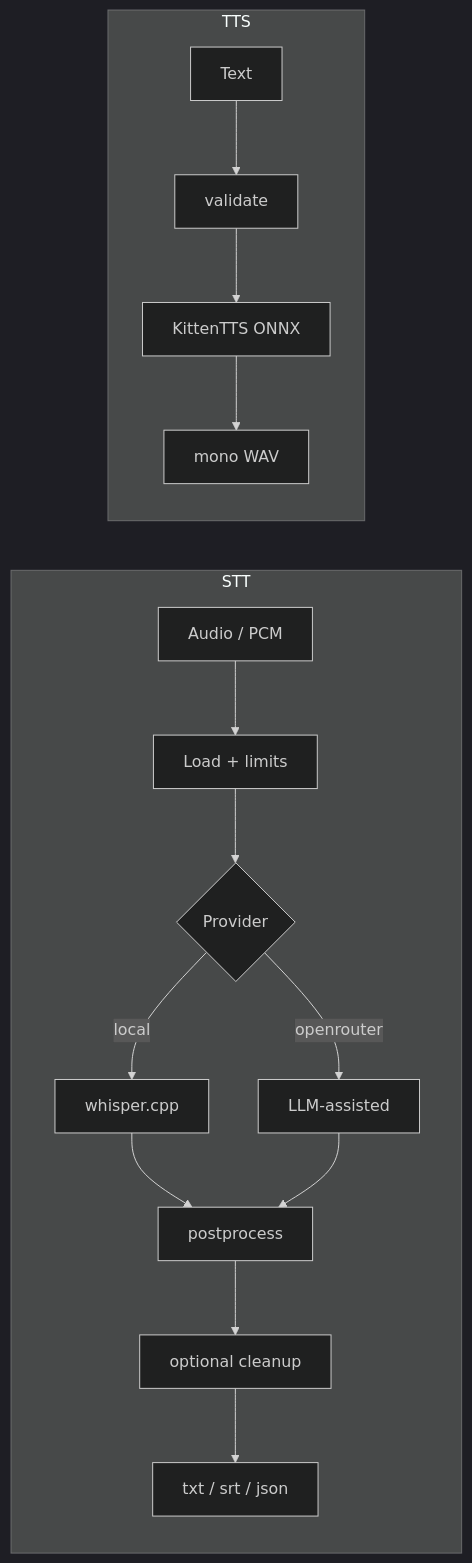
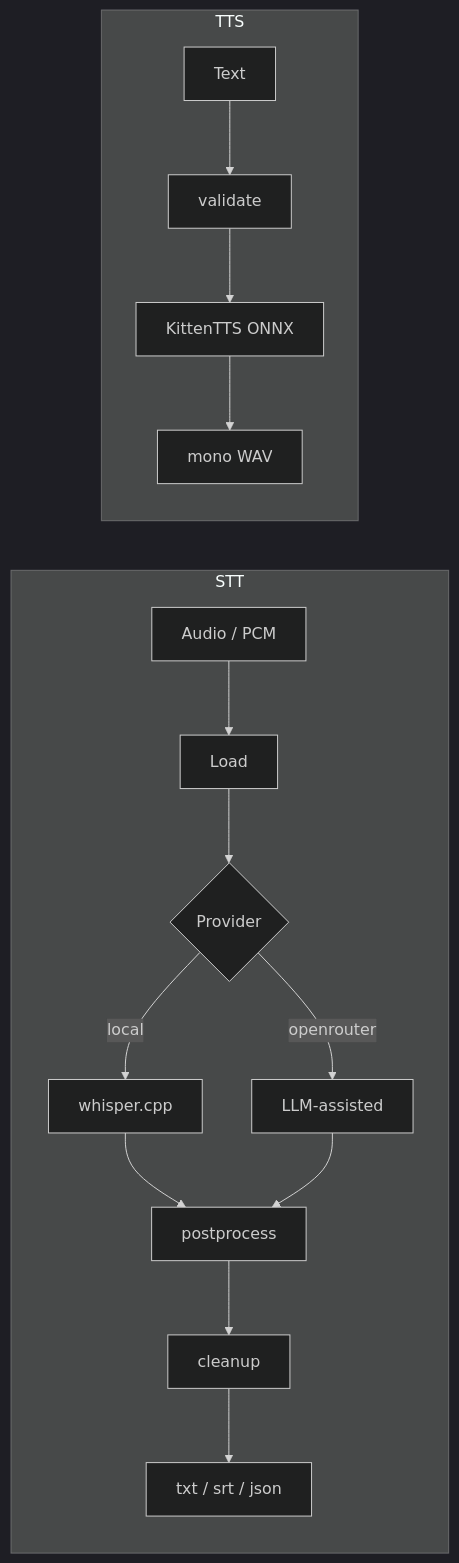
The diagram in docs/index.md (joe-broadhead/aurum), drawn with Mermaid (dark theme) before and after one commit. The commit also changed other lines of this file and 23 other files, not shown here.

````diff
--- a/docs/index.md
+++ b/docs/index.md
@@ -32,18 +32,18 @@
 ```mermaid
 flowchart LR
   subgraph stt [STT]
-    A[Audio / PCM] --> B[Load + limits]
+    A[Audio / PCM] --> B[Load]
     B --> C{Provider}
     C -->|local| D[whisper.cpp]
     C -->|openrouter| E[LLM-assisted]
     D --> F[postprocess]
     E --> F
-    F --> G[optional cleanup]
+    F --> G[cleanup]
     G --> H[txt / srt / json]
   end
   subgraph tts [TTS]
     T[Text] --> U[validate]
     U --> V[KittenTTS ONNX]
     V --> W[mono WAV]
   end
 ```
````
